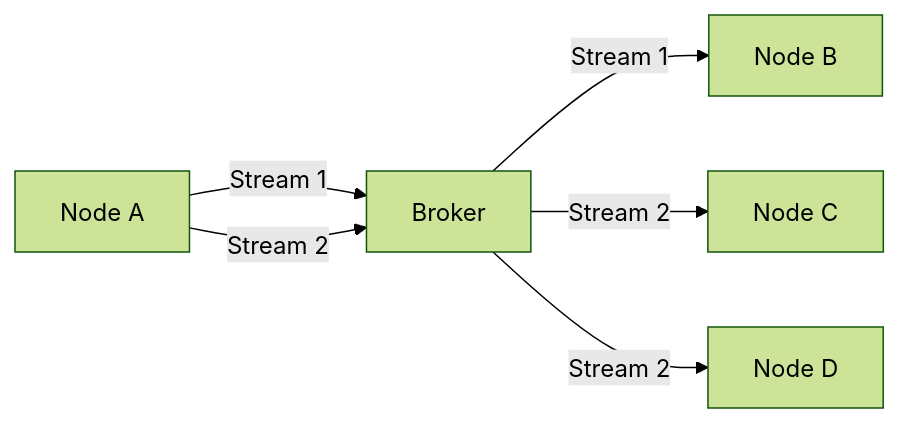
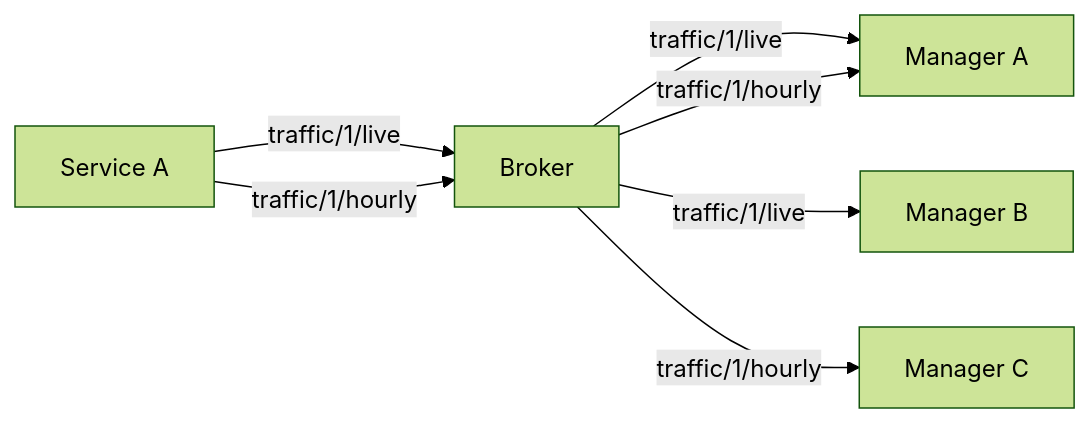
Before and after one commit to rsmp-nordic/core_v4: the diagram in docs/pages/streams.md, drawn with Mermaid (forest theme).

````diff
--- a/docs/pages/streams.md
+++ b/docs/pages/streams.md
@@ -19,8 +24,9 @@
 ```mermaid
 graph LR
-A[Node A]-->|Stream 1| Broker
-A[Node A] -->|Stream 2| Broker
-Broker-->|Stream 1| B[Node B]
-Broker -->|Stream 2| C[Node C]
-Broker -->|Stream 2| D[Node D]
+A[Service A]-->|traffic/1/live| Broker
+A[Service A] -->|traffic/1/hourly| Broker
+Broker-->|traffic/1/live| B[Manager A]
+Broker-->|traffic/1/hourly| B[Manager A]
+Broker -->|traffic/1/live| C[Manager B]
+Broker -->|traffic/1/hourly| D[Manager C]
 ```
````
